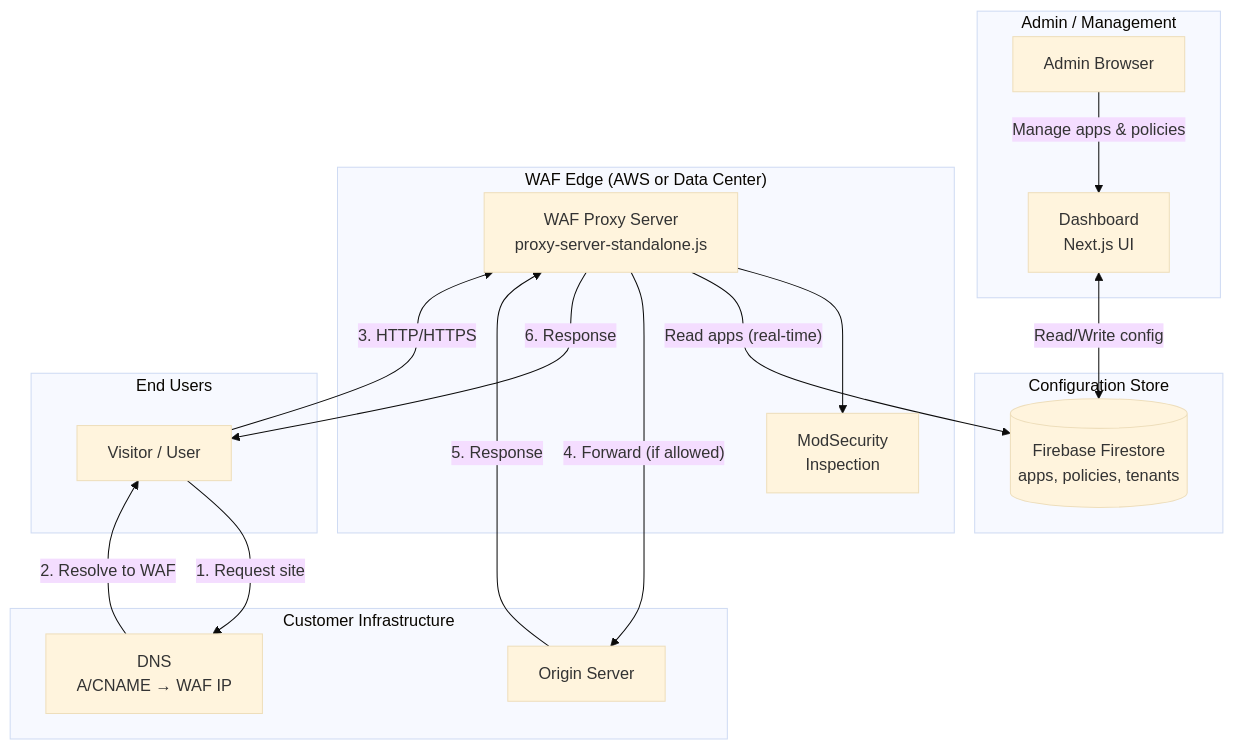
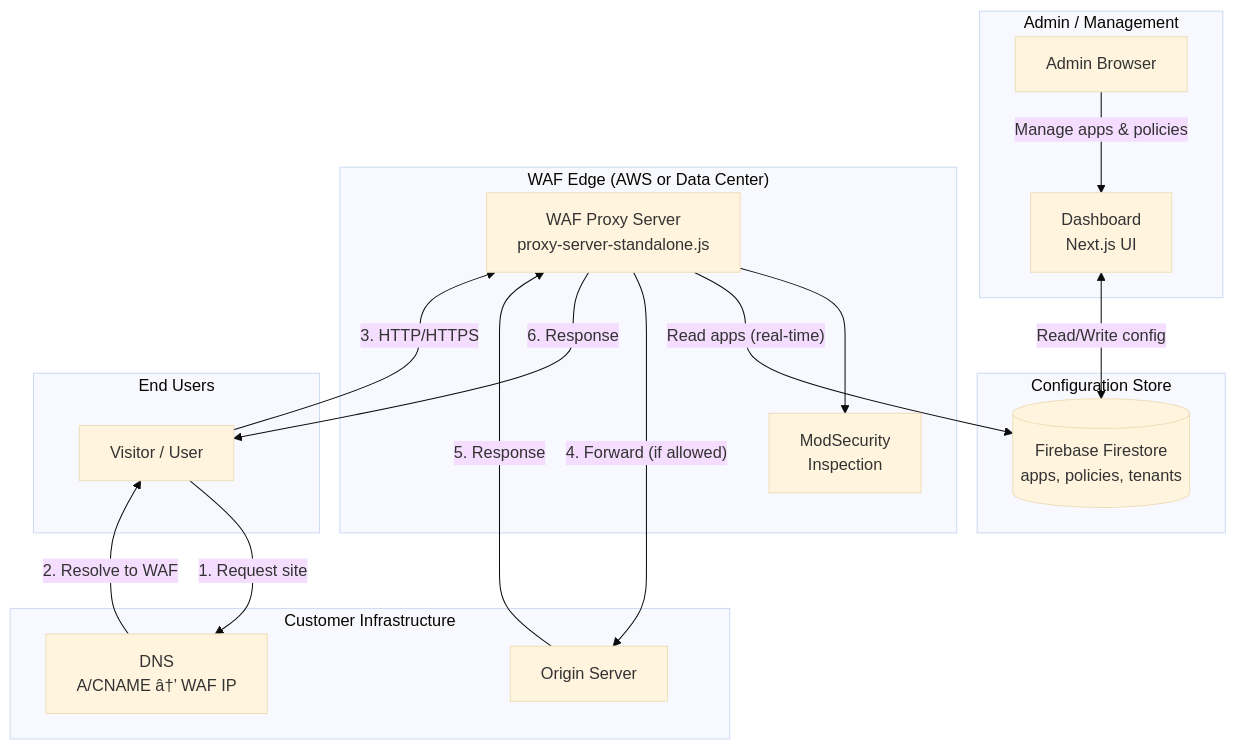
Before and after one commit to atra-dev/atravad-waf: the third of 3 diagrams in docs/ARCHITECTURE_DIAGRAM.md, drawn with Mermaid (base theme). The commit also changed other lines of this file and 14 other files, not shown here.

````diff
--- a/docs/ARCHITECTURE_DIAGRAM.md
+++ b/docs/ARCHITECTURE_DIAGRAM.md
@@ -124,37 +124,37 @@
 ```mermaid
 flowchart TB
     subgraph Admin["Admin / Management"]
         Browser[Admin Browser]
         UI[Dashboard\nNext.js UI]
     end
 
     subgraph Config["Configuration Store"]
         Firebase[(Firebase Firestore\napps, policies, tenants)]
     end
 
     subgraph Edge["WAF Edge (AWS or Data Center)"]
         WAF[WAF Proxy Server\nproxy-server-standalone.js]
         ModSec[ModSecurity\nInspection]
         WAF --> ModSec
     end
 
     subgraph Customer["Customer Infrastructure"]
-        DNS[DNS\nA/CNAME → WAF IP]
+        DNS[DNS\nA/CNAME â†’ WAF IP]
         Origin[Origin Server]
     end
 
     subgraph EndUser["End Users"]
         User[Visitor / User]
     end
 
     Browser -->|"Manage apps & policies"| UI
     UI <-->|"Read/Write config"| Firebase
     WAF -->|"Read apps (real-time)"| Firebase
 
     User -->|"1. Request site"| DNS
     DNS -->|"2. Resolve to WAF"| User
     User -->|"3. HTTP/HTTPS"| WAF
     WAF -->|"4. Forward (if allowed)"| Origin
     Origin -->|"5. Response"| WAF
     WAF -->|"6. Response"| User
 ```
````
